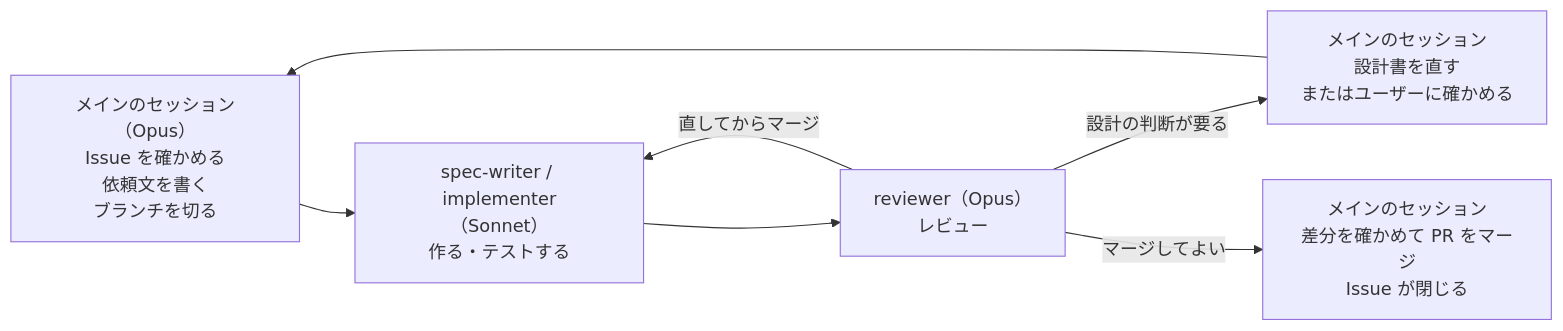
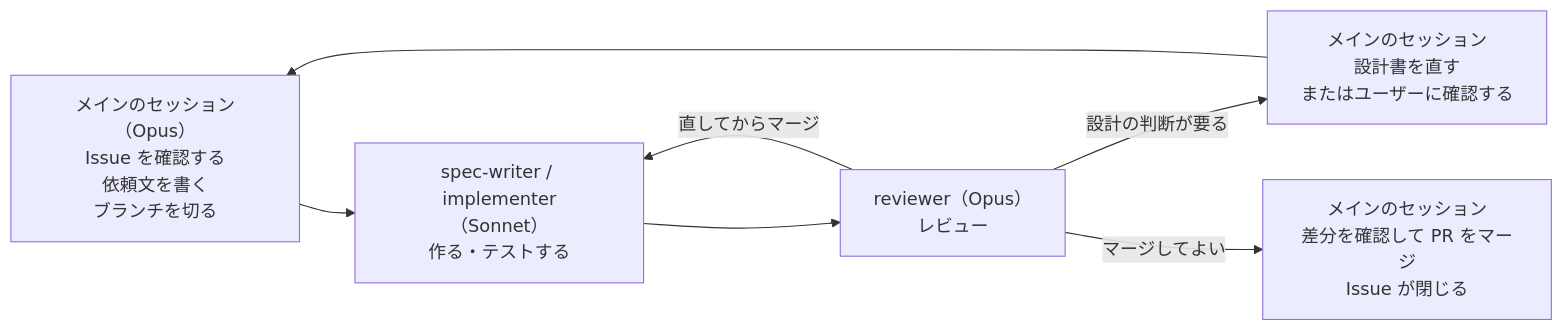
The first of 2 diagrams in docs/to-be/work-plan.md (yuk-wq/ouca), drawn with Mermaid before and after one commit. The commit also changed other lines of this file and 4 other files, not shown here.

````diff
--- a/docs/to-be/work-plan.md
+++ b/docs/to-be/work-plan.md
@@ -48,9 +48,9 @@
 ```mermaid
 flowchart LR
-  A["メインのセッション（Opus）<br/>Issue を確かめる<br/>依頼文を書く<br/>ブランチを切る"] --> B["spec-writer / implementer<br/>（Sonnet）<br/>作る・テストする"]
+  A["メインのセッション（Opus）<br/>Issue を確認する<br/>依頼文を書く<br/>ブランチを切る"] --> B["spec-writer / implementer<br/>（Sonnet）<br/>作る・テストする"]
   B --> C["reviewer（Opus）<br/>レビュー"]
   C -->|"直してからマージ"| B
-  C -->|"設計の判断が要る"| D["メインのセッション<br/>設計書を直す<br/>またはユーザーに確かめる"]
+  C -->|"設計の判断が要る"| D["メインのセッション<br/>設計書を直す<br/>またはユーザーに確認する"]
   D --> A
-  C -->|"マージしてよい"| E["メインのセッション<br/>差分を確かめて PR をマージ<br/>Issue が閉じる"]
+  C -->|"マージしてよい"| E["メインのセッション<br/>差分を確認して PR をマージ<br/>Issue が閉じる"]
 ```
````
